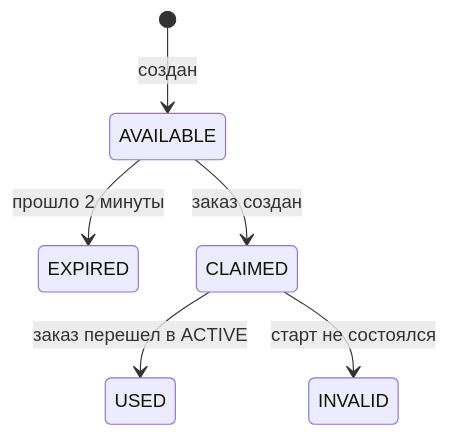
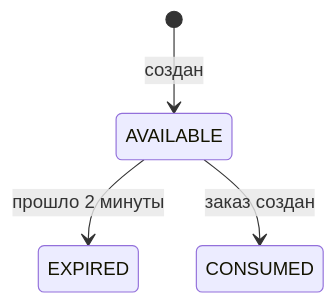
The first of 2 diagrams in ADR.md (dkoptev06/sd-hw1-team4), drawn with Mermaid before and after one commit. The commit also changed other lines of this file, not shown here.

````diff
--- a/ADR.md
+++ b/ADR.md
@@ -83,8 +82,6 @@
 ```mermaid
 stateDiagram-v2
     [*] --> AVAILABLE: создан
     AVAILABLE --> EXPIRED: прошло 2 минуты
-    AVAILABLE --> CLAIMED: заказ создан
-    CLAIMED --> USED: заказ перешел в ACTIVE
-    CLAIMED --> INVALID: старт не состоялся
+    AVAILABLE --> CONSUMED: заказ создан
 ```
````
